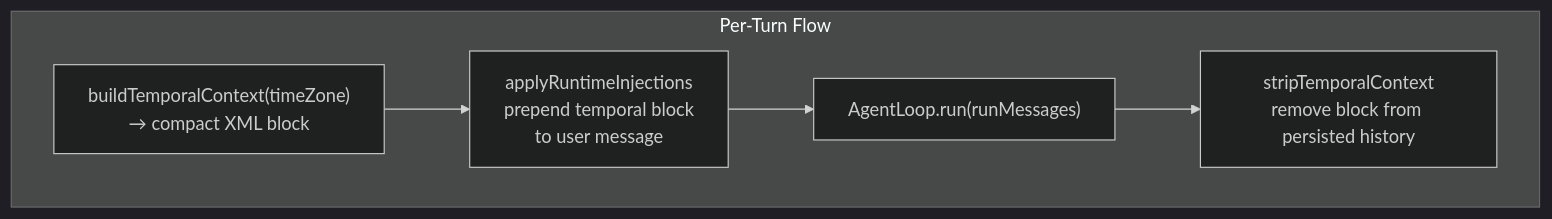
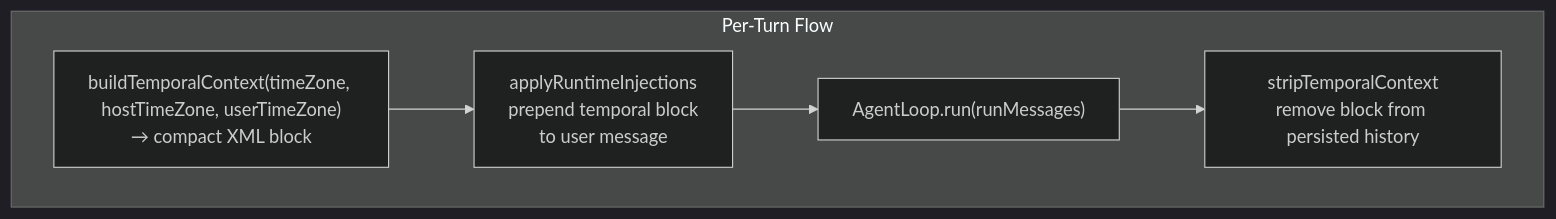
Before and after one commit to vchaitanyachowdari/vellum-assistant: the sixth of 7 diagrams in assistant/docs/architecture/memory.md, drawn with Mermaid (dark theme). The commit also changed other lines of this file and 12 other files, not shown here.

First line of the commit message:
Use user timezone for temporal context; keep daemon host clock authoritative (#9615)

````diff
--- a/assistant/docs/architecture/memory.md
+++ b/assistant/docs/architecture/memory.md
@@ -373,13 +373,13 @@
 ```mermaid
 graph TB
     subgraph "Per-Turn Flow"
-        BUILD["buildTemporalContext(timeZone)<br/>→ compact XML block"]
+        BUILD["buildTemporalContext(timeZone, hostTimeZone, userTimeZone)<br/>→ compact XML block"]
         INJECT["applyRuntimeInjections<br/>prepend temporal block<br/>to user message"]
         AGENT["AgentLoop.run(runMessages)"]
         STRIP["stripTemporalContext<br/>remove block from persisted history"]
     end
 
     BUILD --> INJECT
     INJECT --> AGENT
     AGENT --> STRIP
 ```
````
